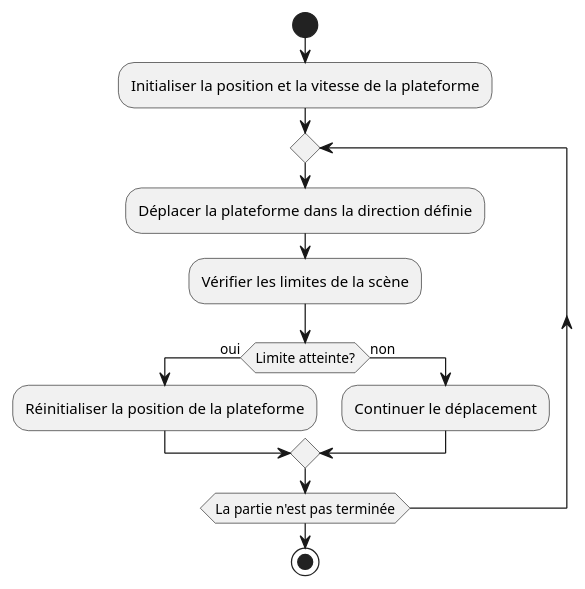
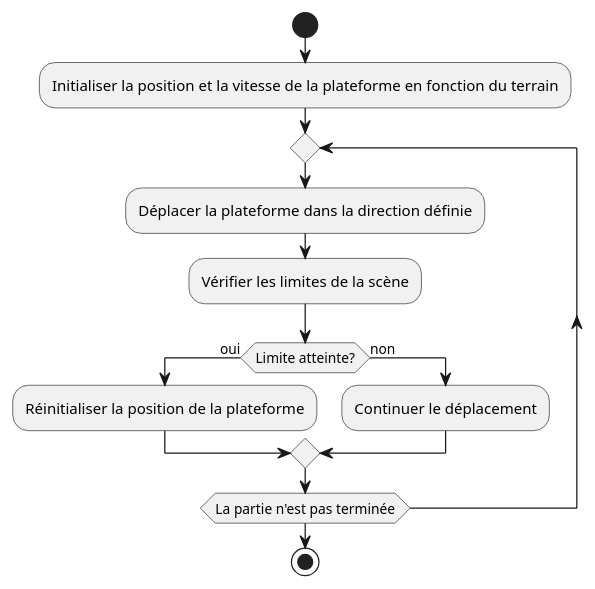
Before and after one commit to LosVerinos/Crossy-Road: the diagram in Diagram/ActivityDiagram/moovingObjectLog.puml, drawn with PlantUML. The commit also changed 13 other files, not shown here.

Commit message:
première modif sur les diagrammes d'activités

```diff
--- a/Diagram/ActivityDiagram/moovingObjectLog.puml
+++ b/Diagram/ActivityDiagram/moovingObjectLog.puml
@@ -1,14 +1,14 @@
 @startuml
 start
-:Initialiser la position et la vitesse de la plateforme;
+:Initialiser la position et la vitesse de la plateforme en fonction du terrain;
 repeat
   :Déplacer la plateforme dans la direction définie;
   :Vérifier les limites de la scène;
   if (Limite atteinte?) then (oui)
     :Réinitialiser la position de la plateforme;
   else (non)
     :Continuer le déplacement;
   endif
 repeat while (La partie n'est pas terminée)
 stop
 @enduml
```
